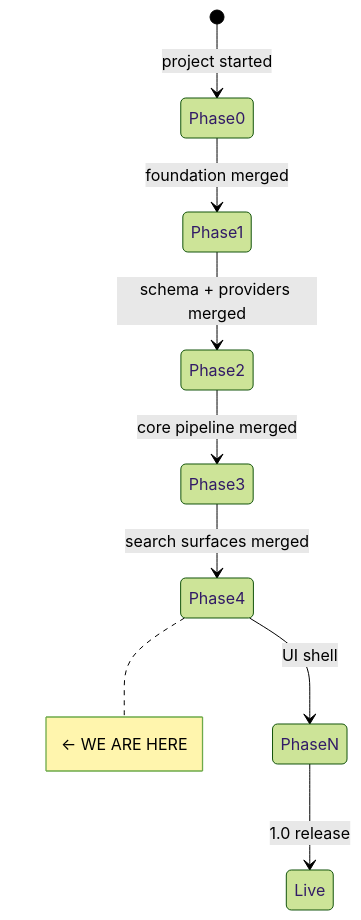
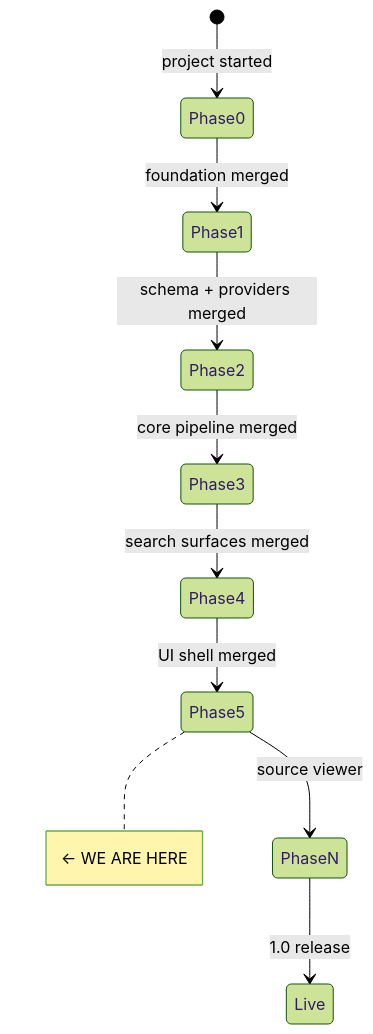
The diagram in STATE.md (dataforaction-tom/open-recs-local), drawn with Mermaid (forest theme) before and after one commit. The commit also changed other lines of this file and 50 other files, not shown here.

First line of the commit message:
phase 4: app shell (nav, dark mode, DecisionFlow, dashboard) (#7)

````diff
--- a/STATE.md
+++ b/STATE.md
@@ -7,12 +7,13 @@
 ```mermaid
 stateDiagram-v2
     [*] --> Phase0: project started
     Phase0 --> Phase1: foundation merged
     Phase1 --> Phase2: schema + providers merged
     Phase2 --> Phase3: core pipeline merged
     Phase3 --> Phase4: search surfaces merged
-    Phase4 --> PhaseN: UI shell
+    Phase4 --> Phase5: UI shell merged
+    Phase5 --> PhaseN: source viewer
     PhaseN --> Live: 1.0 release
 
-    note right of Phase4: ← WE ARE HERE
+    note right of Phase5: ← WE ARE HERE
 ```
````
